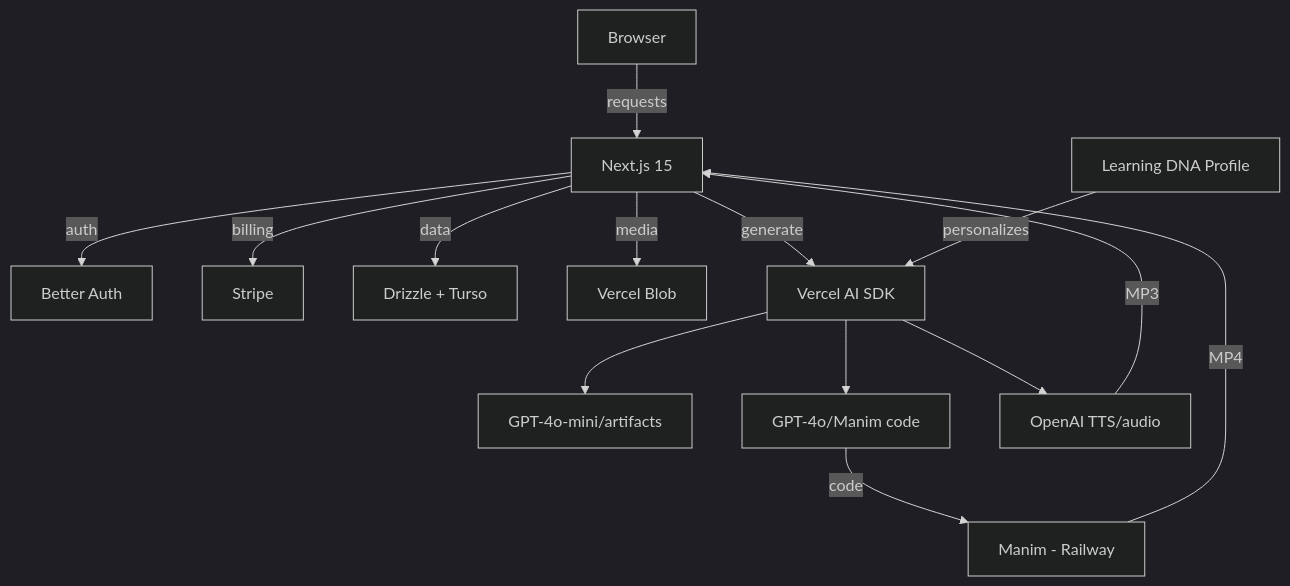
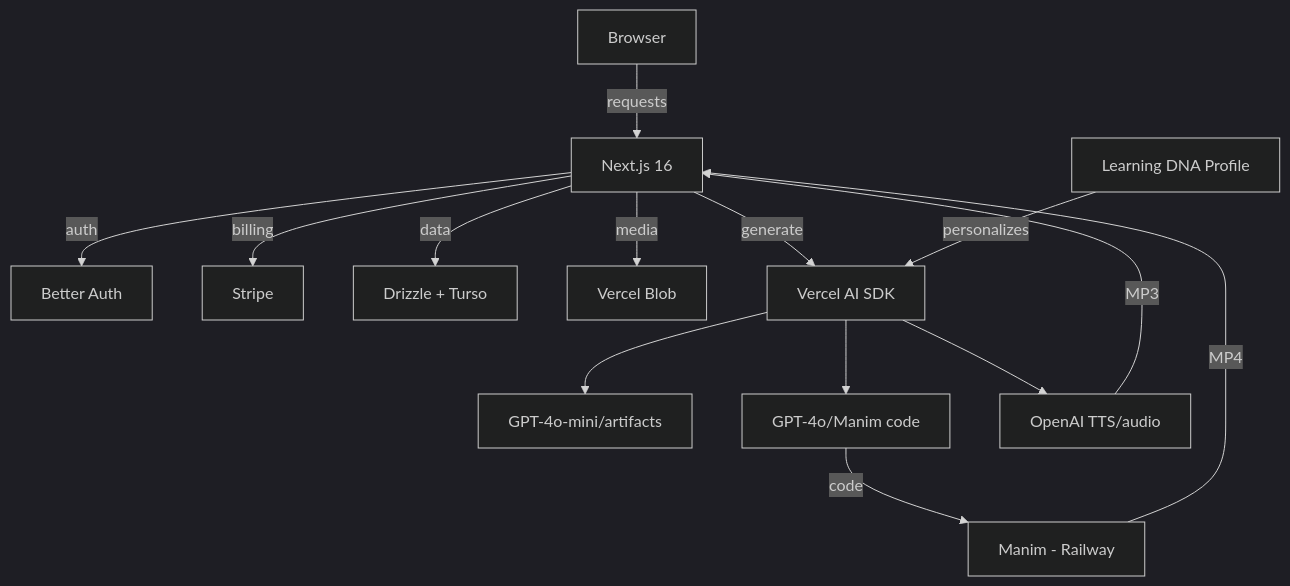
Before and after one commit to dataportability-hackathon-2026/dp-hackathon: the diagram in README.md, drawn with Mermaid (dark theme). The commit also changed other lines of this file and 1 other file, not shown here.

````diff
--- a/README.md
+++ b/README.md
@@ -149,20 +152,20 @@
 ```mermaid
 graph TD
-    A[Browser] -->|requests| B[Next.js 15]
+    A[Browser] -->|requests| B[Next.js 16]
     
     B -->|auth| C[Better Auth]
     B -->|billing| D[Stripe]
     B -->|data| E[Drizzle + Turso]
     B -->|media| K[Vercel Blob]
     B -->|generate| F[Vercel AI SDK]
 
     F --> G[GPT-4o-mini/artifacts]
     F --> H[GPT-4o/Manim code]
     F --> I[OpenAI TTS/audio]
 
     H -->|code| J[Manim - Railway]
     J -->|MP4| B
     I -->|MP3| B
 
     M[Learning DNA Profile] -->|personalizes| F
 ```
````
